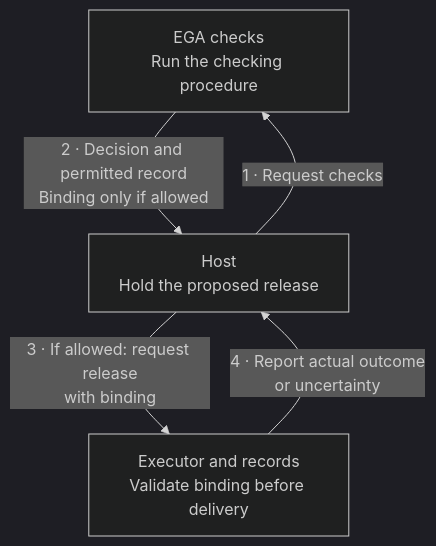
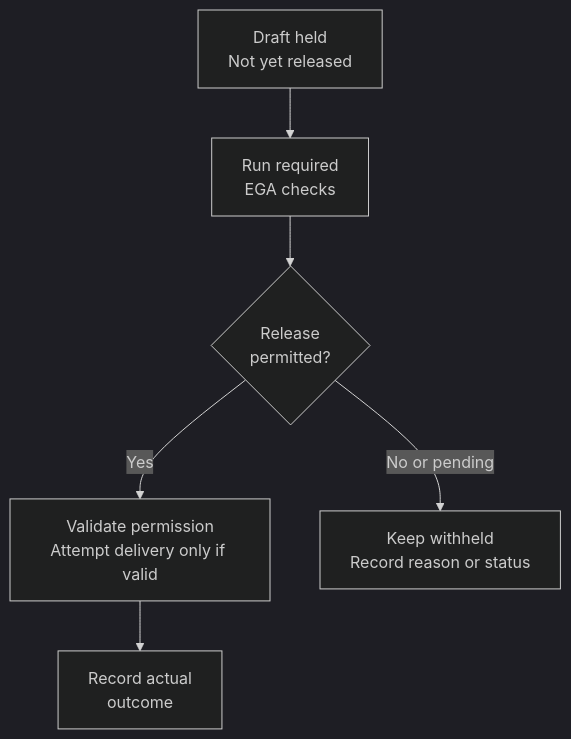
The second of 3 diagrams in docs/Assurance/Concepts/evidence-gated-agents.md (robertschaub/our-ai-charter), drawn with Mermaid (dark theme) before and after one commit. The commit also changed other lines of this file and 6 other files, not shown here.

Commit message:
docs(ega): consolidate public diagrams and clarify control responsibilities

````diff
--- a/docs/Assurance/Concepts/evidence-gated-agents.md
+++ b/docs/Assurance/Concepts/evidence-gated-agents.md
@@ -58,10 +119,14 @@
 ```mermaid
-flowchart TB
-    G["EGA checks<br/>Run the checking procedure"]
-    H["Host<br/>Hold the proposed release"]
-    X["Executor and records<br/>Validate binding before delivery"]
-    G -->|"2 · Decision and permitted record<br/>Binding only if allowed"| H
-    H -->|"1 · Request checks"| G
-    H -->|"3 · If allowed: request release<br/>with binding"| X
-    X -->|"4 · Report actual outcome<br/>or uncertainty"| H
+flowchart TD
+    A["Draft held<br/>Not yet released"]
+    B["Run required<br/>EGA checks"]
+    C{"Release<br/>permitted?"}
+    D["Validate permission<br/>Attempt delivery only if valid"]
+    E["Record actual<br/>outcome"]
+    F["Keep withheld<br/>Record reason or status"]
+    A --> B
+    B --> C
+    C -->|Yes| D
+    C -->|No or pending| F
+    D --> E
 ```
````
